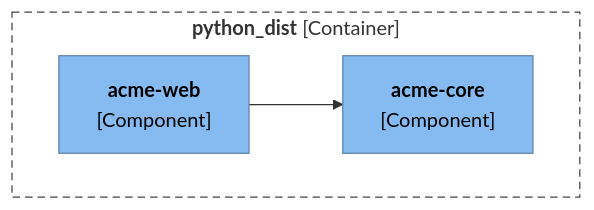
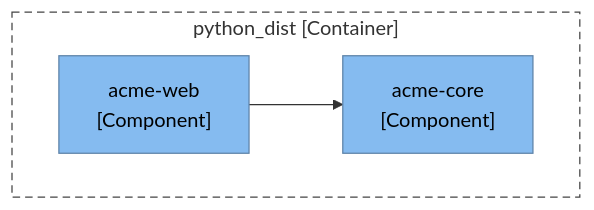
Before and after one commit to ythalorossy/architecture-skills: the second of 3 diagrams in tests/golden/python_dist/output/ArchitectureReport.md, drawn with Mermaid. The commit also changed other lines of this file and 51 other files, not shown here.

First line of the commit message:
fix(render): plain diagram labels keep the characters in code names

````diff
--- a/tests/golden/python_dist/output/ArchitectureReport.md
+++ b/tests/golden/python_dist/output/ArchitectureReport.md
@@ -53,18 +52,16 @@
 ```mermaid
 flowchart TB
-    subgraph boundary["`**python_dist** [Container]`"]
-        acme_core["`**acme-core**
-[Component]`"]
-        acme_web["`**acme-web**
-[Component]`"]
+    subgraph boundary["python_dist [Container]"]
+        acme_core["acme-core<br/>[Component]"]
+        acme_web["acme-web<br/>[Component]"]
     end
     acme_web --> acme_core
     classDef person fill:#08427b,stroke:#052e56,color:#ffffff
     classDef container fill:#1168bd,stroke:#0b4884,color:#ffffff
     classDef system fill:#1168bd,stroke:#0b4884,color:#ffffff
     classDef component fill:#85bbf0,stroke:#5d82a8,color:#000000
     classDef external fill:#999999,stroke:#6b6b6b,color:#ffffff
     classDef shared fill:#dbe9f6,stroke:#5d82a8,color:#000000,stroke-dasharray:4 3
     class acme_core,acme_web component
     style boundary fill:none,stroke:#444444,stroke-dasharray:6 4
 ```
````
